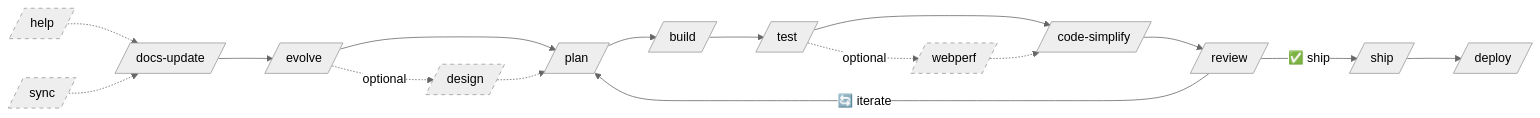
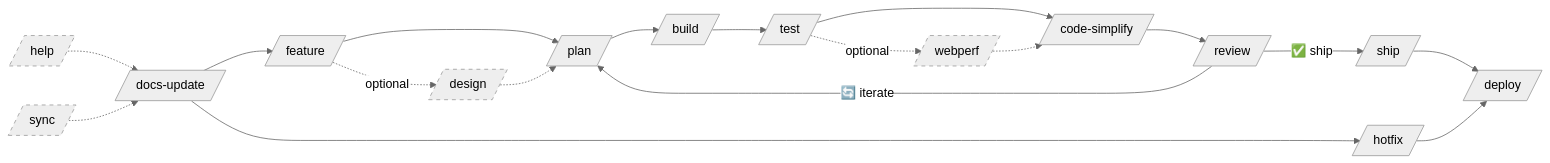
One commit to Fisherk2/codice-opencode changed the second of 4 diagrams in docs/wiki-source/Commands.md. Above: the diagram before and after it, drawn with Mermaid (neutral theme). The commit also changed other lines of this file and 587 other files, not shown here.

````diff
--- a/docs/wiki-source/Commands.md
+++ b/docs/wiki-source/Commands.md
@@ -40,23 +40,25 @@
 ```mermaid
 flowchart LR
-    DU[/docs-update/] --> EV[/evolve/]
-    EV --> P[/plan/]
-    EV -.->|optional| D[/design/]
+    DU[/docs-update/] --> FE[/feature/]
+    FE --> P[/plan/]
+    FE -.->|optional| D[/design/]
     D -.-> P
     P --> B[/build/]
     B --> T[/test/]
     T --> CS[/code-simplify/]
     T -.->|optional| W[/webperf/]
     W -.-> CS
     CS --> R[/review/]
     R -->|"🔄 iterate"| P
     R -->|"✅ ship"| SH[/ship/]
     SH --> DEP[/deploy/]
+    DU --> HF[/hotfix/]
+    HF --> DEP
     H0[/help/] -.-> DU
     SYN[/sync/] -.-> DU
 
     style D stroke-dasharray: 5 5
     style W stroke-dasharray: 5 5
     style H0 stroke-dasharray: 5 5
     style SYN stroke-dasharray: 5 5
 ```
````
